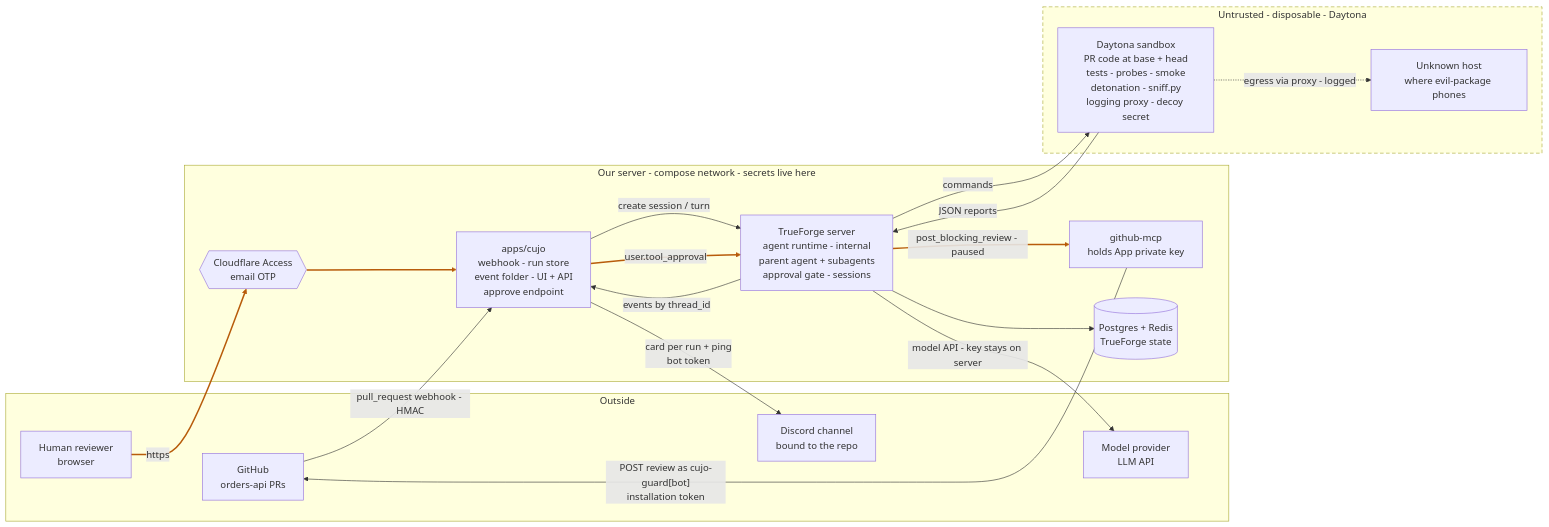
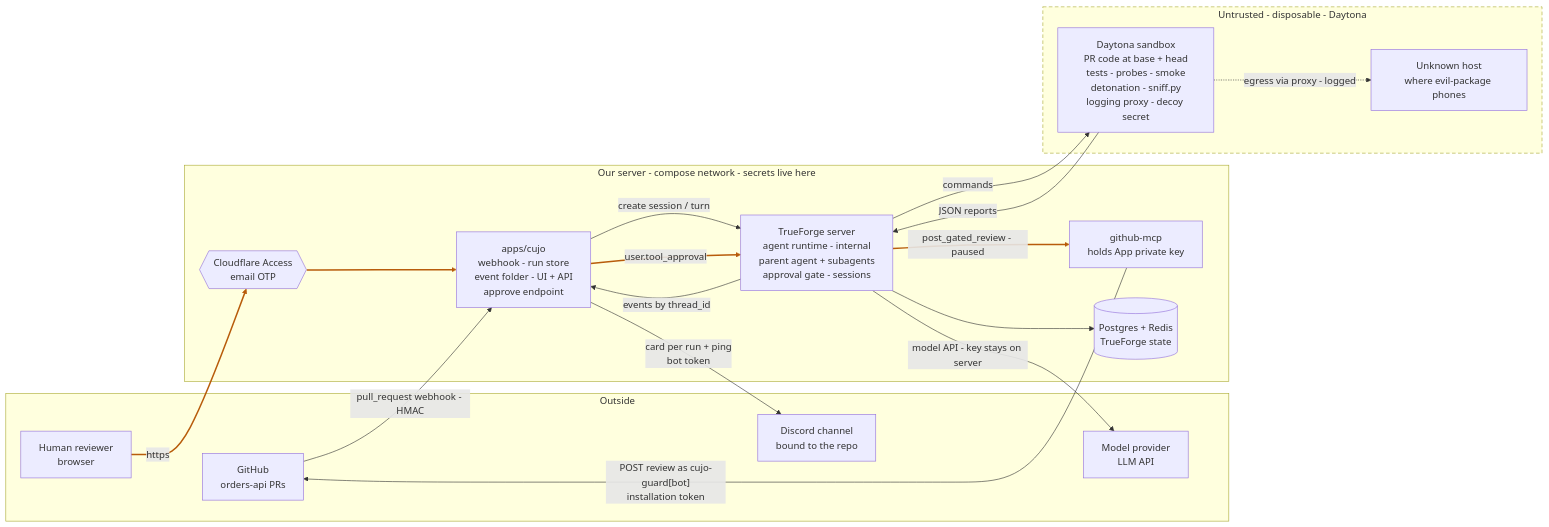
The first of 2 diagrams in docs/architecture.md (spencerjireh/cujo), drawn with Mermaid before and after one commit. The commit also changed other lines of this file and 7 other files, not shown here.

````diff
--- a/docs/architecture.md
+++ b/docs/architecture.md
@@ -63,42 +63,42 @@
 ```mermaid
 flowchart LR
   subgraph outside [Outside]
     GH[GitHub<br/>orders-api PRs]
     Human[Human reviewer<br/>browser]
     LLM[Model provider<br/>LLM API]
     Discord[Discord channel<br/>bound to the repo]
   end
 
   subgraph server [Our server - compose network - secrets live here]
     Access{{Cloudflare Access<br/>email OTP}}
     Cujo[apps/cujo<br/>webhook - run store<br/>event folder - UI + API<br/>approve endpoint]
     TF[TrueForge server<br/>agent runtime - internal<br/>parent agent + subagents<br/>approval gate - sessions]
     MCP[github-mcp<br/>holds App private key]
     DB[(Postgres + Redis<br/>TrueForge state)]
   end
 
   subgraph sandbox [Untrusted - disposable - Daytona]
     SB[Daytona sandbox<br/>PR code at base + head<br/>tests - probes - smoke<br/>detonation - sniff.py<br/>logging proxy - decoy secret]
     Canary[Unknown host<br/>where evil-package phones]
   end
 
   GH -- "pull_request webhook - HMAC" --> Cujo
   MCP -- "POST review as cujo-guard[bot]<br/>installation token" --> GH
   Human -- https --> Access
   Access --> Cujo
   Cujo -- "create session / turn" --> TF
   TF -- "events by thread_id" --> Cujo
   Cujo -- "user.tool_approval" --> TF
-  TF -- "post_blocking_review - paused" --> MCP
+  TF -- "post_gated_review - paused" --> MCP
   TF -- "model API - key stays on server" --> LLM
   TF --> DB
   TF -- "commands" --> SB
   SB -- "JSON reports" --> TF
   SB -. "egress via proxy - logged" .-> Canary
   %% Appended last on purpose: linkStyle below indexes edges by declaration
   %% order, so inserting one earlier recolours the wrong arrows.
   Cujo -- "card per run + ping<br/>bot token" --> Discord
 
   linkStyle 2,3,6,7 stroke:#b85c0b,stroke-width:2.5px
   style sandbox stroke-dasharray: 6 4
 ```
````
